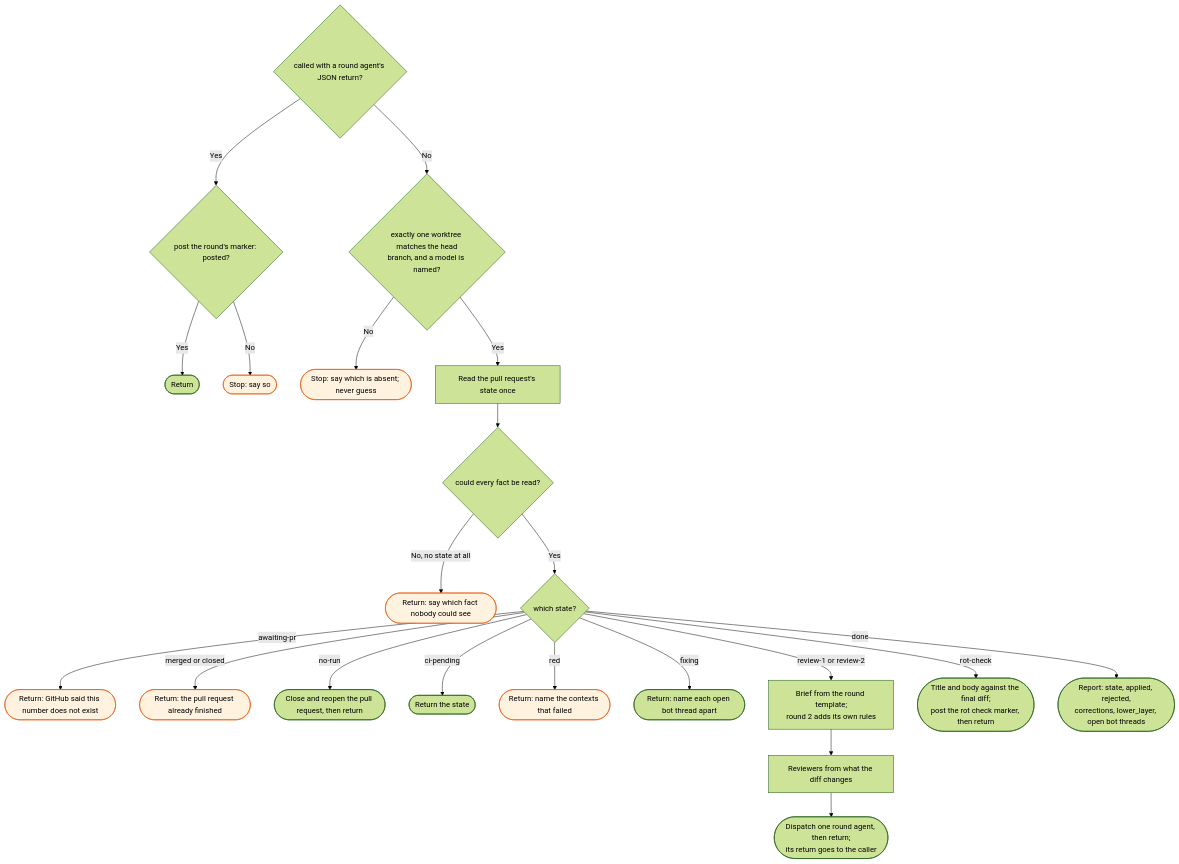
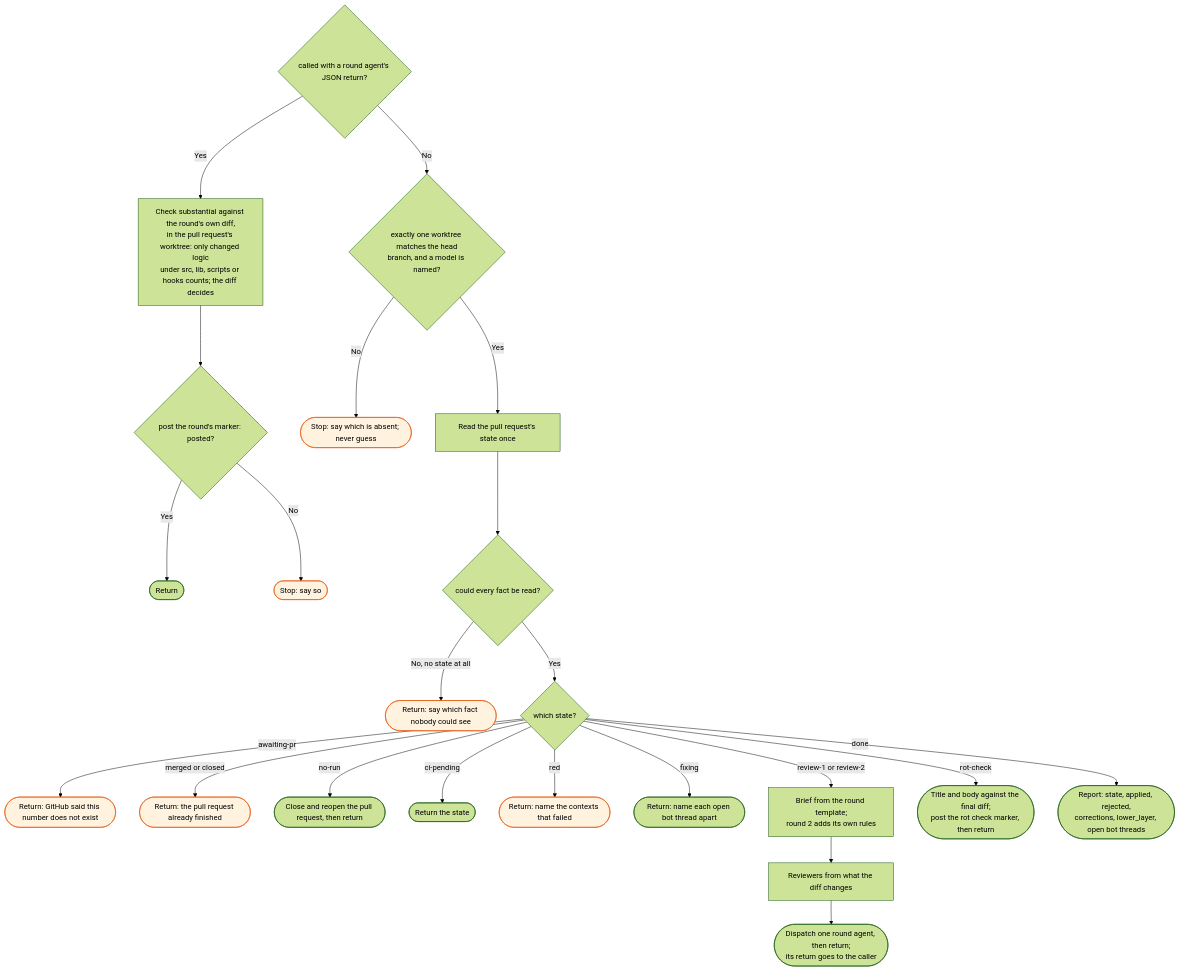
The diagram in docs/flows/workstreams/review/_skill-flow.md (bje-settings/claude), drawn with Mermaid (forest theme) before and after one commit. The commit also changed other lines of this file and 13 other files, not shown here.

````diff
--- a/docs/flows/workstreams/review/_skill-flow.md
+++ b/docs/flows/workstreams/review/_skill-flow.md
@@ -15,30 +15,31 @@
 ```mermaid
 flowchart TD
     R0{called with a round agent's JSON return?}
-    R0 -->|Yes| R2{post the round's marker: posted?}
+    R0 -->|Yes| RS[Check substantial against the round's own diff,<br/>in the pull request's worktree: only changed logic<br/>under src, lib, scripts or hooks counts; the diff decides]
+    RS --> R2{post the round's marker: posted?}
     R2 -->|Yes| R1([Return])
     R2 -->|No| R3([Stop: say so]):::stop
     R0 -->|No| W{exactly one worktree matches the head<br/>branch, and a model is named?}
     W -->|No| W1([Stop: say which is absent; never guess]):::stop
     W -->|Yes| C[Read the pull request's state once]
 
     C --> D{could every fact be read?}
     D -->|No, no state at all| D1([Return: say which fact nobody could see]):::stop
     D -->|Yes| E{which state?}
 
     E -->|awaiting-pr| E1([Return: GitHub said this number does not exist]):::stop
     E -->|merged or closed| E1b([Return: the pull request already finished]):::stop
     E -->|no-run| F([Close and reopen the pull request, then return])
     E -->|ci-pending| G([Return the state])
     E -->|red| G1([Return: name the contexts that failed]):::stop
     E -->|fixing| G2([Return: name each open bot thread apart])
 
     E -->|review-1 or review-2| I[Brief from the round template;<br/>round 2 adds its own rules]
     I --> J[Reviewers from what the diff changes]
     J --> K([Dispatch one round agent, then return;<br/>its return goes to the caller])
 
     E -->|rot-check| Q([Title and body against the final diff;<br/>post the rot check marker, then return])
     E -->|done| S([Report: state, applied, rejected,<br/>corrections, lower_layer, open bot threads])
 
     classDef stop fill:#fff3e0,stroke:#e65100,color:#000
 ```
````
